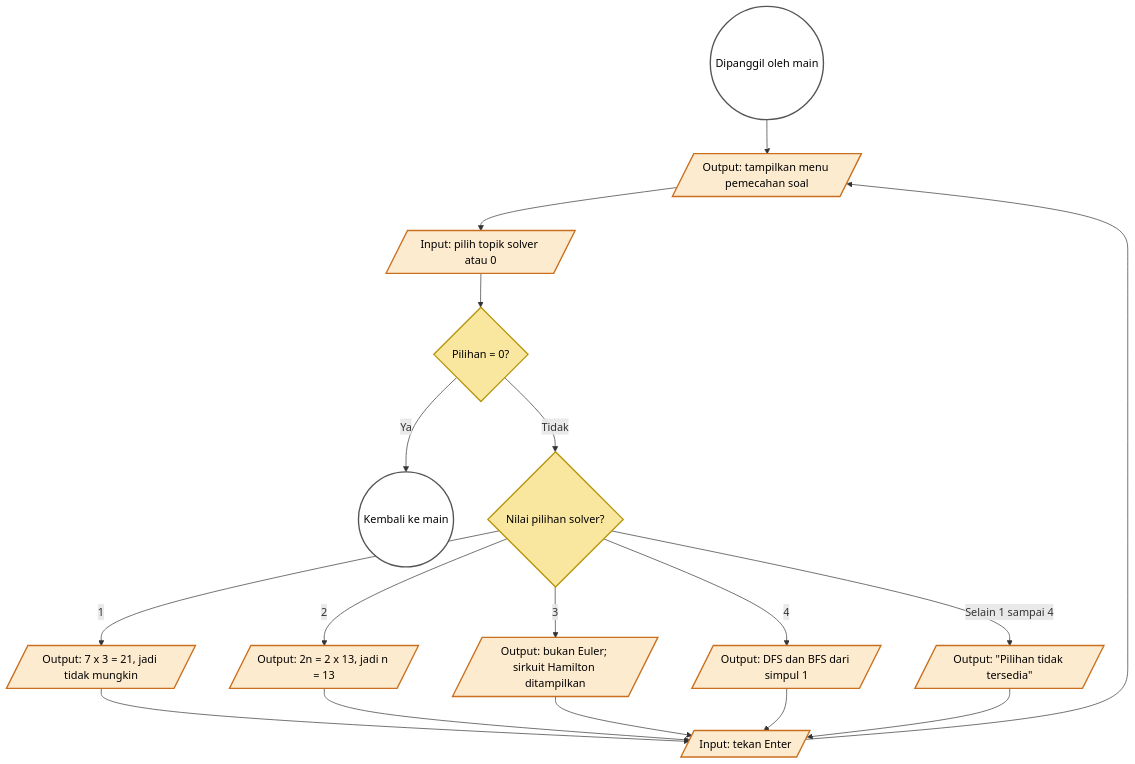
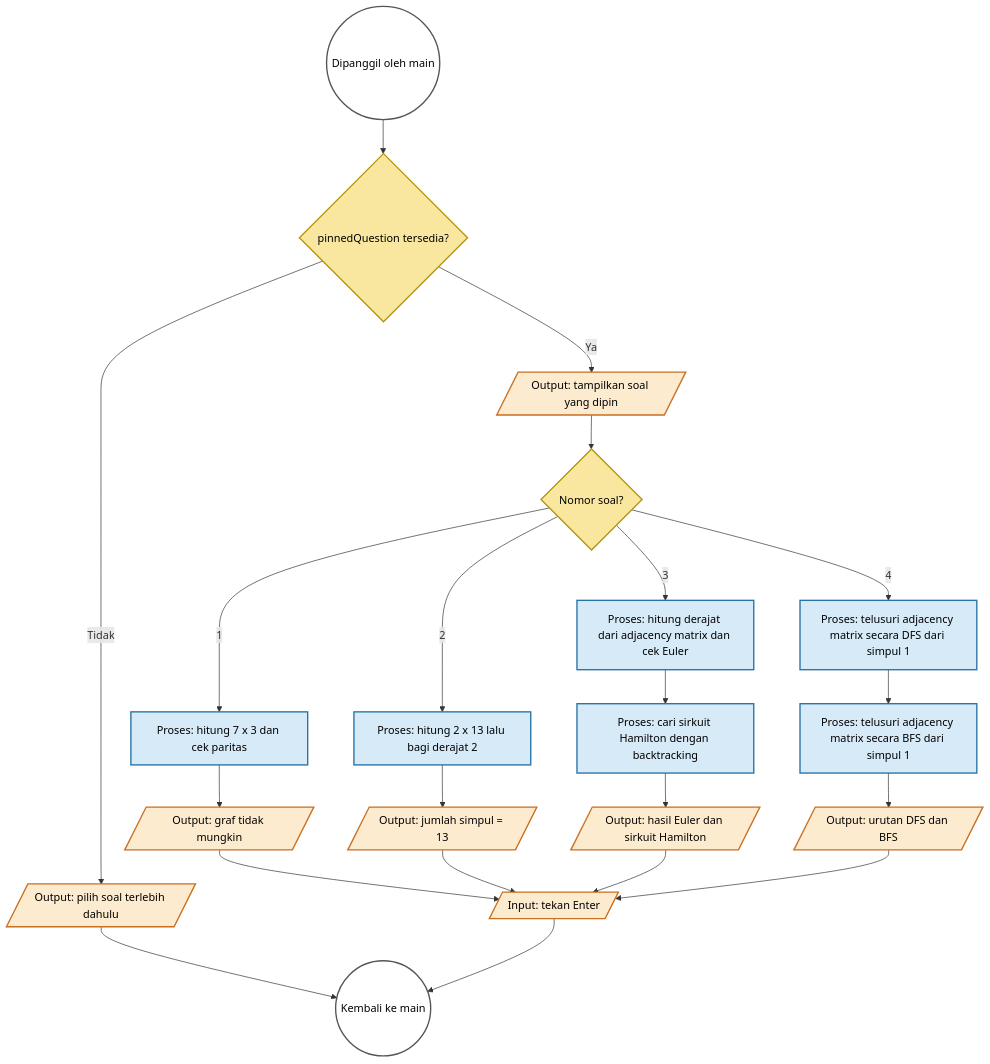
Before and after one commit to kyberneticus/graph: the third of 3 diagrams in FLOWCHART.md, drawn with Mermaid. The commit also changed other lines of this file and 2 other files, not shown here.

First line of the commit message:
feat: solve pinned graph exercises

````diff
--- a/FLOWCHART.md
+++ b/FLOWCHART.md
@@ -111,31 +74,39 @@
 ```mermaid
 flowchart TD
-    SSQEntry((Dipanggil oleh main)) --> SolverMenu[/Output: tampilkan menu pemecahan soal/]
-    SolverMenu --> SolverInput[/Input: pilih topik solver atau 0/]
-    SolverInput --> BackSolver{Pilihan = 0?}
-    BackSolver -- Ya --> SSQReturn((Kembali ke main))
+    Entry((Dipanggil oleh main)) --> Selected{pinnedQuestion tersedia?}
+    Selected -- Tidak --> NeedQuestion[/Output: pilih soal terlebih dahulu/]
+    NeedQuestion --> Return((Kembali ke main))
 
-    BackSolver -- Tidak --> SolverChoice{Nilai pilihan solver?}
-    SolverChoice -- "1" --> Regular[/Output: 7 x 3 = 21, jadi tidak mungkin/]
-    SolverChoice -- "2" --> DegreeTwo[/Output: 2n = 2 x 13, jadi n = 13/]
-    SolverChoice -- "3" --> EulerHamilton[/Output: bukan Euler; sirkuit Hamilton ditampilkan/]
-    SolverChoice -- "4" --> Traversal[/Output: DFS dan BFS dari simpul 1/]
-    SolverChoice -- "Selain 1 sampai 4" --> SolverError[/Output: "Pilihan tidak tersedia"/]
+    Selected -- Ya --> Show[/Output: tampilkan soal yang dipin/]
+    Show --> Which{Nomor soal?}
 
-    Regular --> SolverPause[/Input: tekan Enter/]
-    DegreeTwo --> SolverPause
-    EulerHamilton --> SolverPause
-    Traversal --> SolverPause
-    SolverError --> SolverPause
-    SolverPause --> SolverMenu
+    Which -- "1" --> Regular[Proses: hitung 7 x 3 dan cek paritas]
+    Regular --> RegularResult[/Output: graf tidak mungkin/]
+
+    Which -- "2" --> DegreeTwo[Proses: hitung 2 x 13 lalu bagi derajat 2]
+    DegreeTwo --> DegreeTwoResult[/Output: jumlah simpul = 13/]
+
+    Which -- "3" --> Euler[Proses: hitung derajat dari adjacency matrix dan cek Euler]
+    Euler --> Hamilton[Proses: cari sirkuit Hamilton dengan backtracking]
+    Hamilton --> EulerHamiltonResult[/Output: hasil Euler dan sirkuit Hamilton/]
+
+    Which -- "4" --> DFS[Proses: telusuri adjacency matrix secara DFS dari simpul 1]
+    DFS --> BFS[Proses: telusuri adjacency matrix secara BFS dari simpul 1]
+    BFS --> TraversalResult[/Output: urutan DFS dan BFS/]
+
+    RegularResult --> Pause[/Input: tekan Enter/]
+    DegreeTwoResult --> Pause
+    EulerHamiltonResult --> Pause
+    TraversalResult --> Pause
+    Pause --> Return
 
     classDef connector fill:#FFFFFF,stroke:#555555,color:#000,stroke-width:2px;
+    classDef process fill:#D6EAF8,stroke:#2874A6,color:#000,stroke-width:2px;
     classDef io fill:#FDEBD0,stroke:#CA6F1E,color:#000,stroke-width:2px;
     classDef decision fill:#F9E79F,stroke:#B7950B,color:#000,stroke-width:2px;
-    classDef subprocess fill:#D4E6F1,stroke:#2471A3,color:#000,stroke-width:2px;
 
-    class SSQEntry,SSQReturn connector;
-    class SolverMenu,SolverInput,SolverError,SolverPause io;
-    class BackSolver,SolverChoice decision;
-    class Regular,DegreeTwo,EulerHamilton,Traversal io;
+    class Entry,Return connector;
+    class Regular,DegreeTwo,Euler,Hamilton,DFS,BFS process;
+    class NeedQuestion,Show,RegularResult,DegreeTwoResult,EulerHamiltonResult,TraversalResult,Pause io;
+    class Selected,Which decision;
 ```
````
